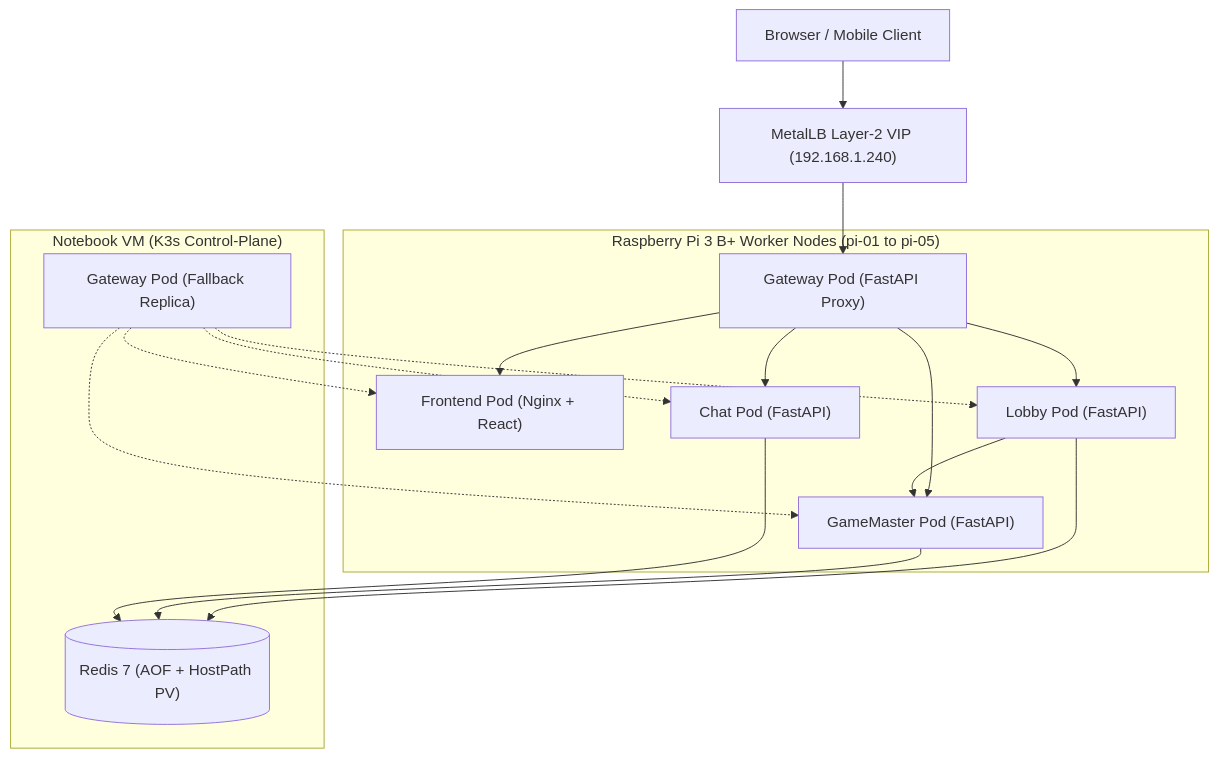
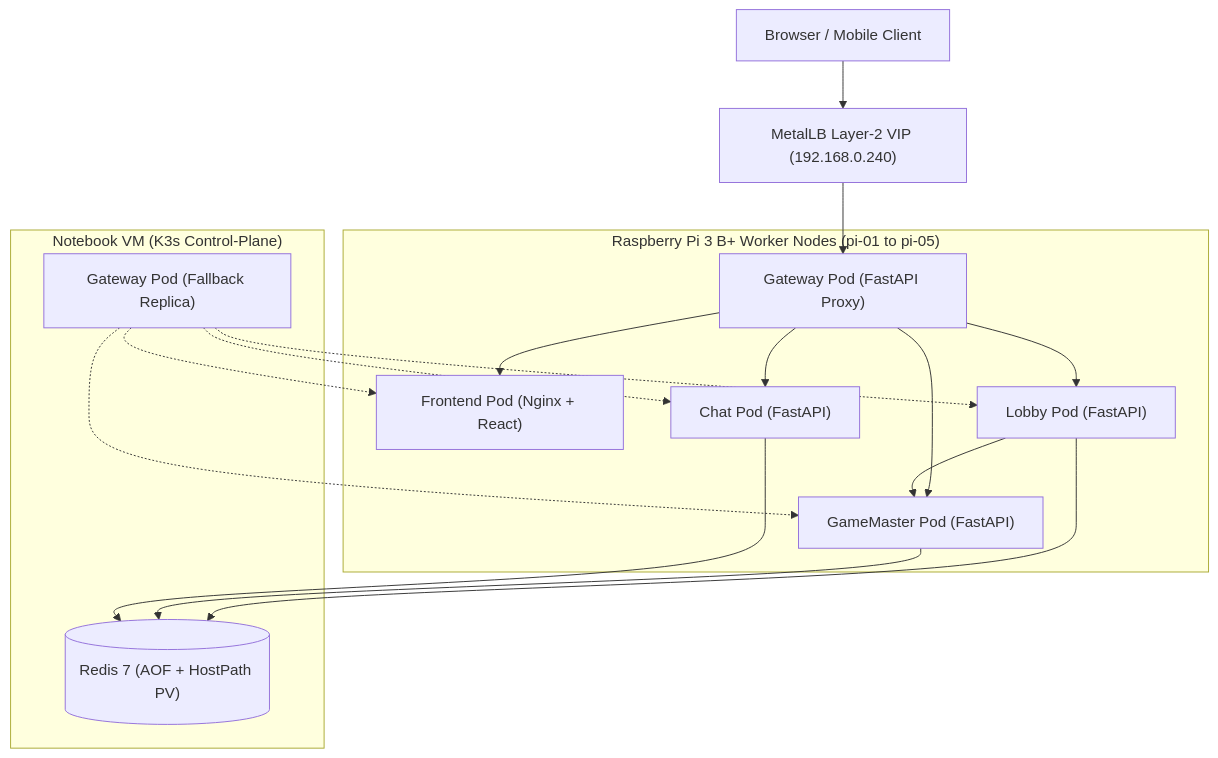
Before and after one commit to 098ff/sw-defined-werewolf: the diagram in docs/01-architecture-infra.md, drawn with Mermaid. The commit also changed other lines of this file, not shown here.

First line of the commit message:
docs(architecture): update subnet and VIP to 192.168.0.0/24

````diff
--- a/docs/01-architecture-infra.md
+++ b/docs/01-architecture-infra.md
@@ -20,35 +20,35 @@
 ```mermaid
 flowchart TB
     Client[Browser / Mobile Client]
-    VIP["MetalLB Layer-2 VIP (192.168.1.240)"]
+    VIP["MetalLB Layer-2 VIP (192.168.0.240)"]
 
     subgraph Master["Notebook VM (K3s Control-Plane)"]
         Redis[("Redis 7 (AOF + HostPath PV)")]
         GatewayFallback["Gateway Pod (Fallback Replica)"]
     end
 
     subgraph Workers["Raspberry Pi 3 B+ Worker Nodes (pi-01 to pi-05)"]
         Gateway["Gateway Pod (FastAPI Proxy)"]
         Frontend["Frontend Pod (Nginx + React)"]
         Lobby["Lobby Pod (FastAPI)"]
         GM["GameMaster Pod (FastAPI)"]
         Chat["Chat Pod (FastAPI)"]
     end
 
     Client --> VIP
     VIP --> Gateway
     Gateway --> Frontend
     Gateway --> Lobby
     Gateway --> GM
     Gateway --> Chat
 
     Lobby --> GM
     Lobby --> Redis
     GM --> Redis
     Chat --> Redis
 
     GatewayFallback -.-> Frontend
     GatewayFallback -.-> Lobby
     GatewayFallback -.-> GM
     GatewayFallback -.-> Chat
 ```
````
